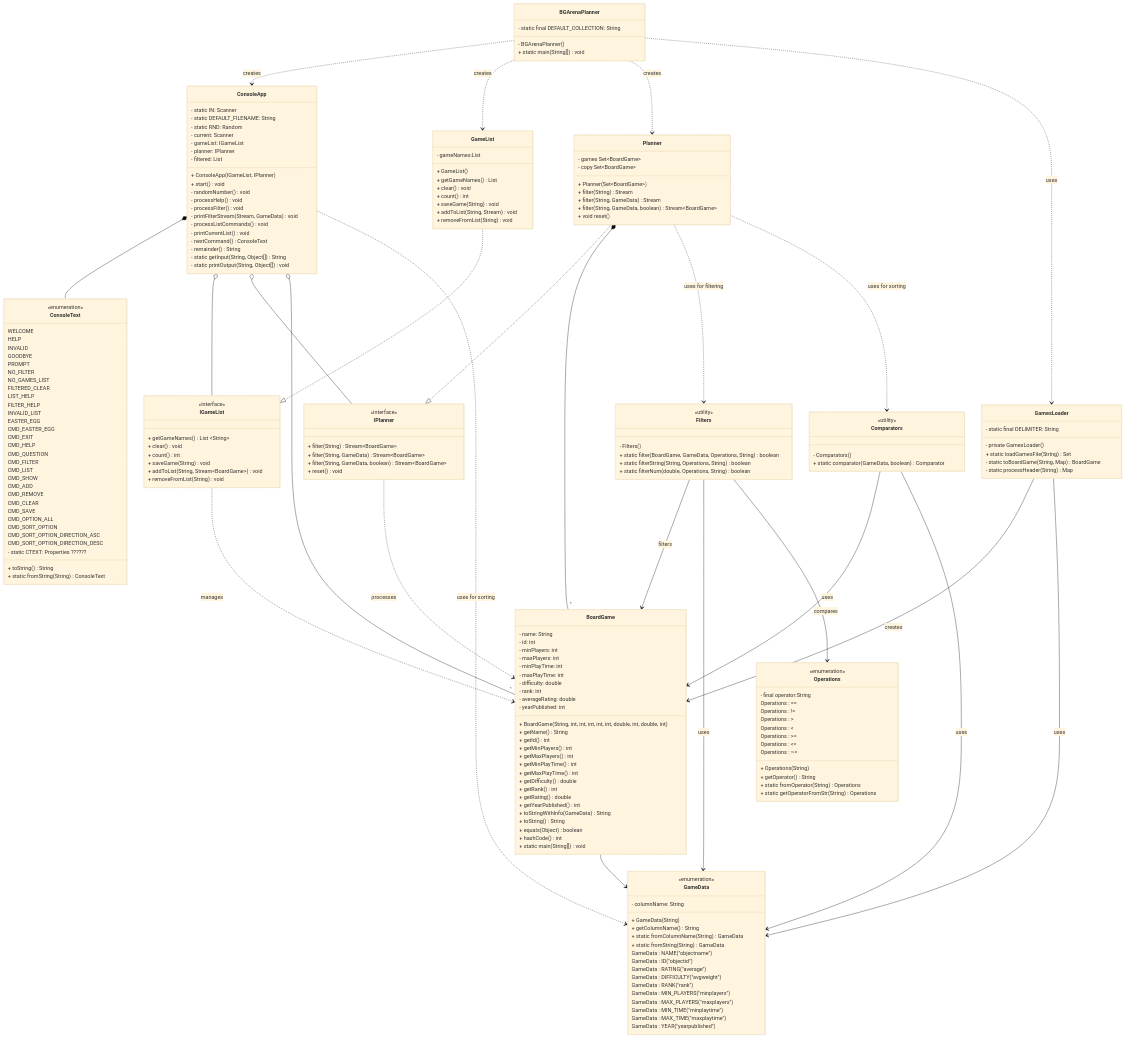
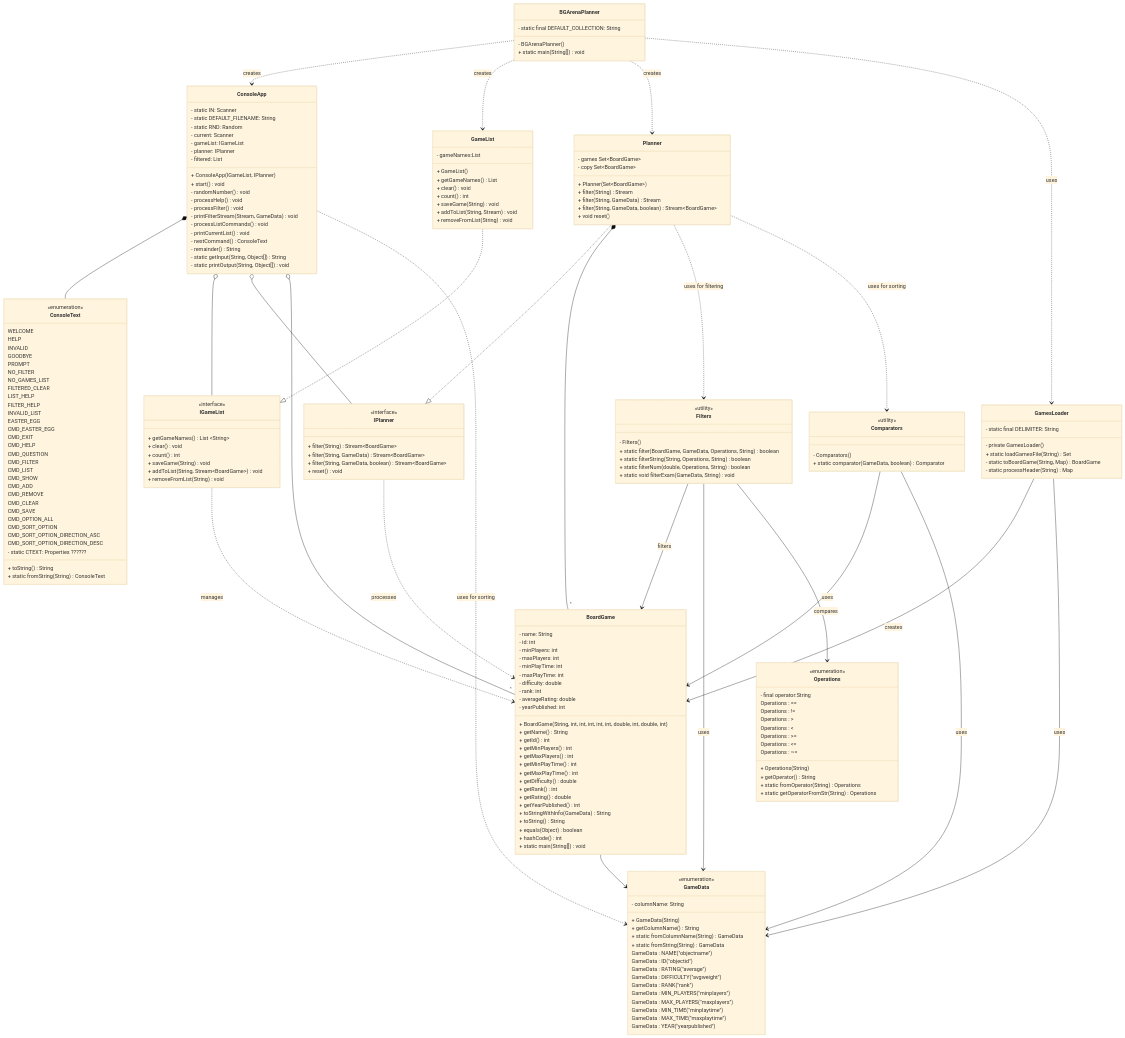
One commit to 5004-SEA-Fa24-Geeng/bg-arena-planner-jiaming2li changed the third of 3 diagrams in DesignDocument.md. Above: the diagram before and after it, drawn with Mermaid (base theme). The commit also changed 3 other files, not shown here.

```diff
--- a/DesignDocument.md
+++ b/DesignDocument.md
@@ -648,6 +648,7 @@
         + static filter(BoardGame, GameData, Operations, String)boolean 
         + static filterString(String, Operations, String)boolean 
         + static filterNum(double, Operations, String)boolean 
+        + static void filterExam(GameData, String) void
 }
 
 class Comparators {
```
